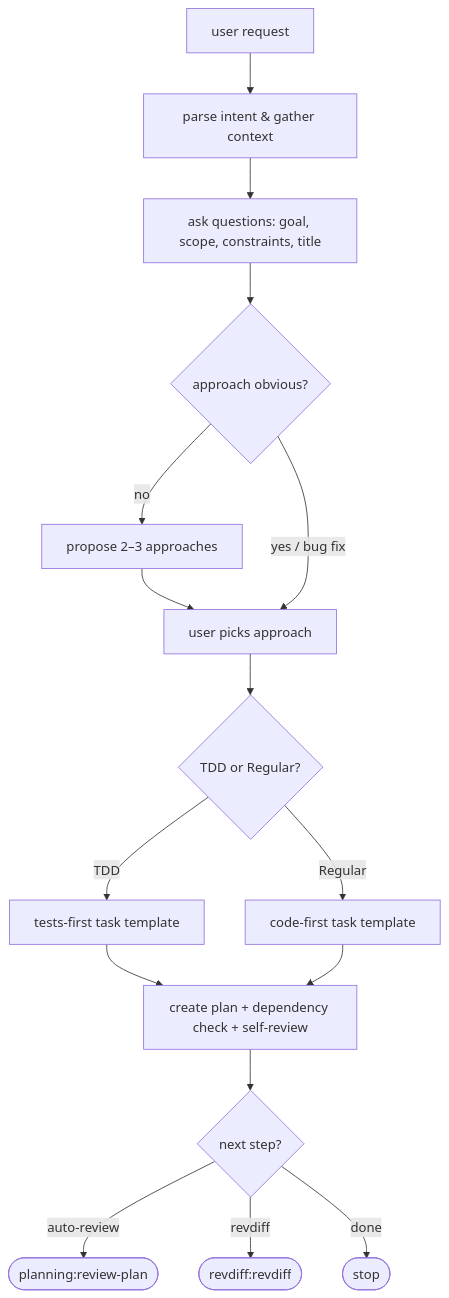
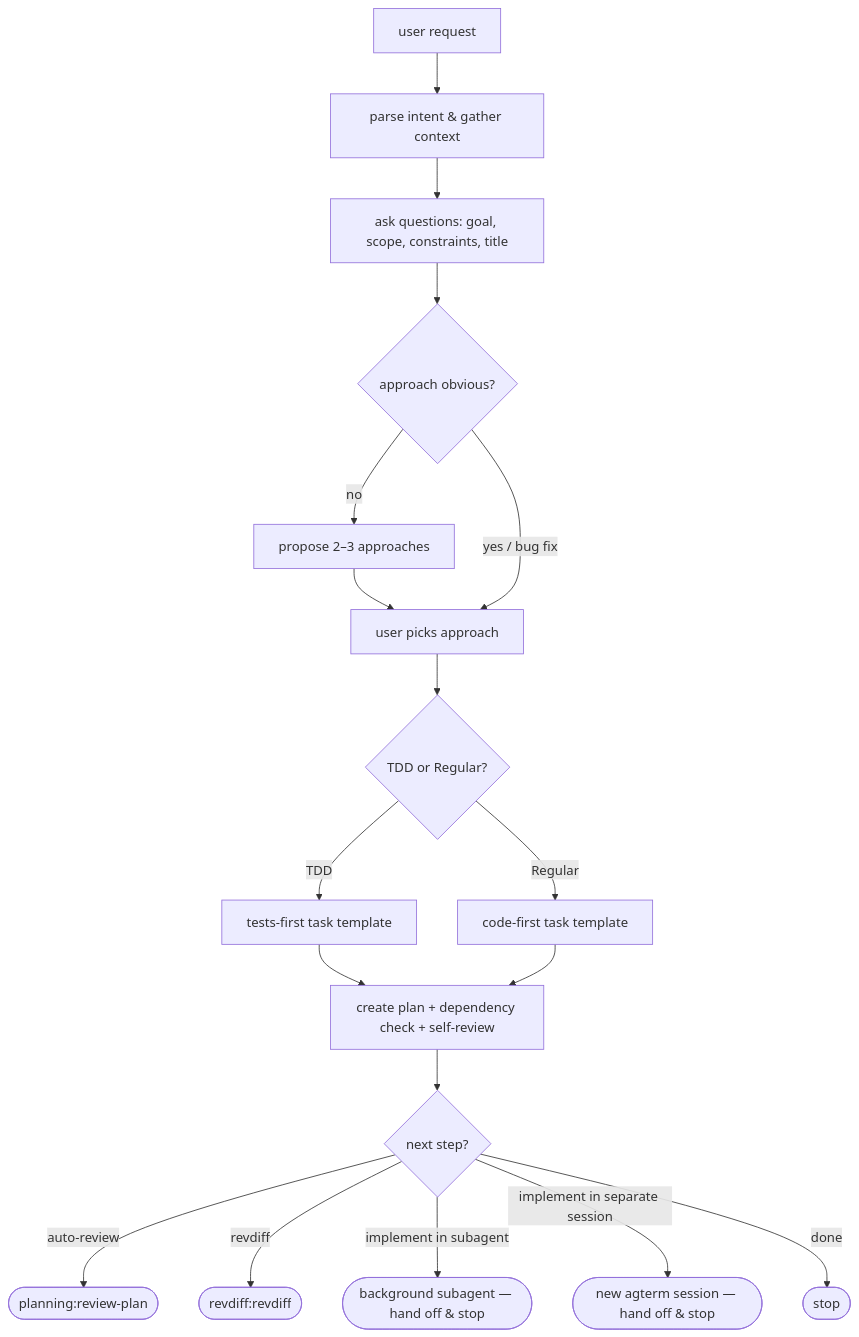
Before and after one commit to parMaster/claude-dlc: the second of 4 diagrams in README.md, drawn with Mermaid. The commit also changed other lines of this file and 5 other files, not shown here.

First line of the commit message:
feat(planning): add "Implement in a Separate Session" agterm hand-off

````diff
--- a/README.md
+++ b/README.md
@@ -87,18 +87,20 @@
 ```mermaid
 flowchart TD
     A["user request"] --> B["parse intent & gather context"]
     B --> C["ask questions: goal, scope, constraints, title"]
     C --> D{"approach obvious?"}
     D -->|no| E["propose 2–3 approaches"]
     E --> F["user picks approach"]
     D -->|"yes / bug fix"| F
     F --> G{"TDD or Regular?"}
     G -->|TDD| H["tests-first task template"]
     G -->|Regular| I["code-first task template"]
     H --> J["create plan + dependency check + self-review"]
     I --> J
     J --> K{"next step?"}
     K -->|auto-review| L(["planning:review-plan"])
     K -->|revdiff| M(["revdiff:revdiff"])
+    K -->|"implement in subagent"| SUB(["background subagent — hand off & stop"])
+    K -->|"implement in separate session"| SESS(["new agterm session — hand off & stop"])
     K -->|done| N(["stop"])
 ```
````
